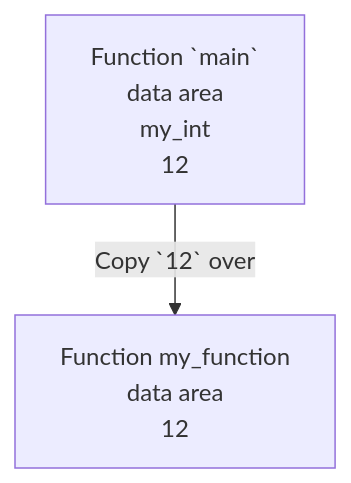
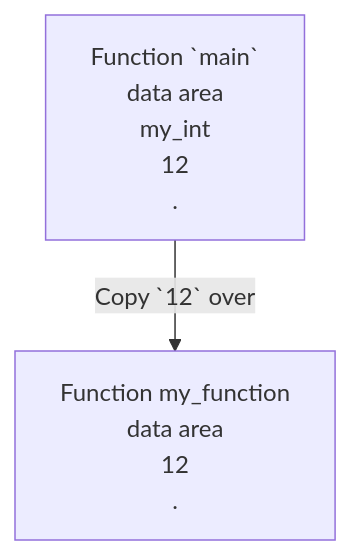
The diagram in Computer Science 121/Computer Science Notes/7.2 Modular Programming.md (CharlesLiuCool/notebook), drawn with Mermaid before and after one commit. The commit also changed 17 other files, not shown here.

````diff
--- a/Computer Science 121/Computer Science Notes/7.2 Modular Programming.md
+++ b/Computer Science 121/Computer Science Notes/7.2 Modular Programming.md
@@ -57,4 +57,6 @@
 ```mermaid
-flowchart TD
-	A[Function `main`\n data area \n my_int \n 12] --> |Copy `12` over| B[Function my_function \n data area \n 12]
+flowchart TD 
+
+	A[Function `main`\n data area \n my_int \n 12\n.] --> |Copy `12` over| B[Function my_function \n data area \n 12\n.]
+
 ```
````
